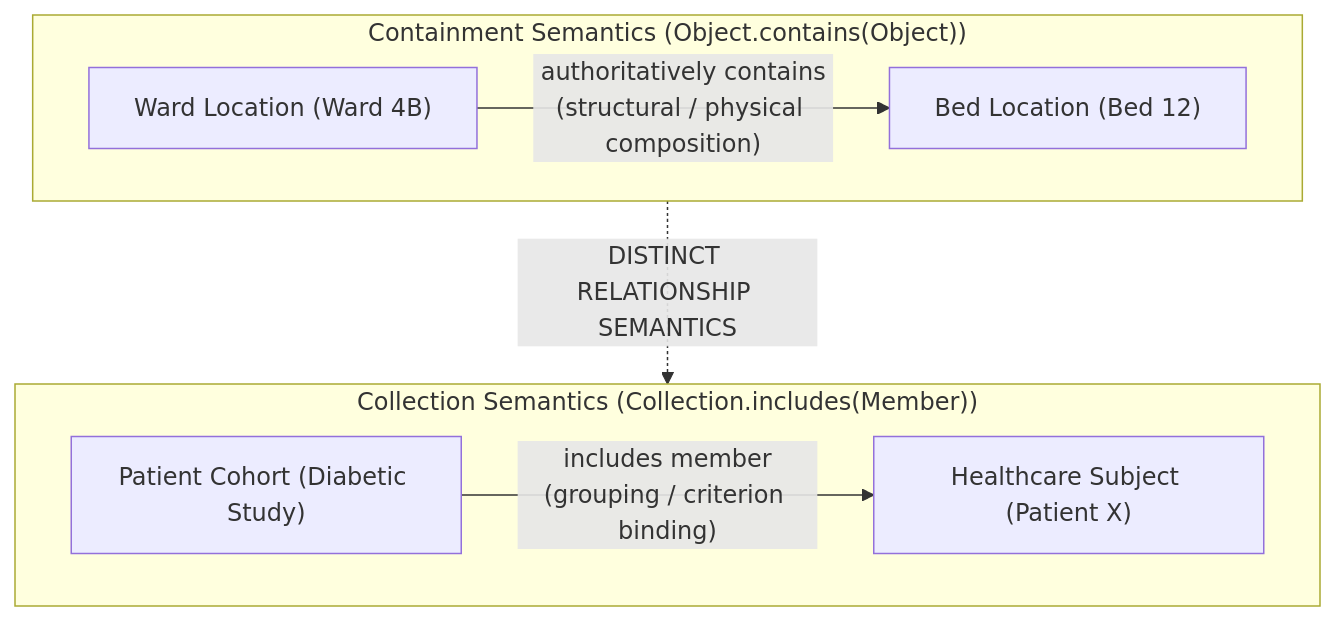
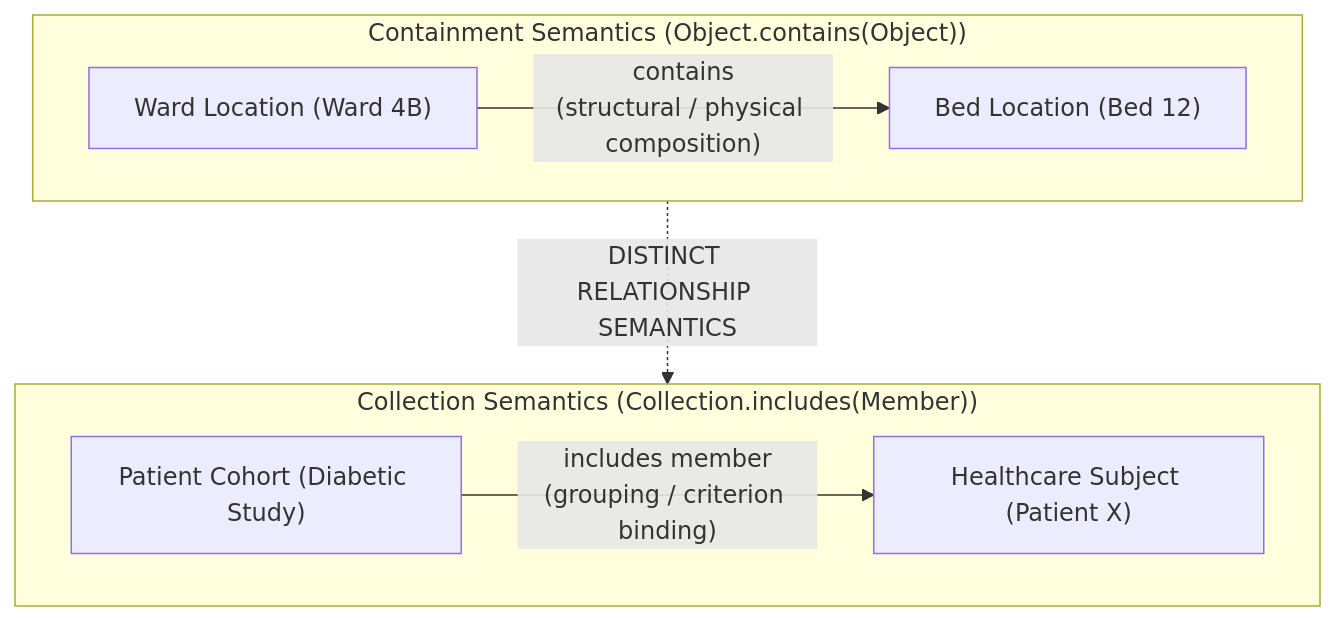
The second of 2 diagrams in docs/markdown/04-information-architecture/patterns/containment-and-collections.md (fhirfactory/harmonia), drawn with Mermaid before and after one commit. The commit also changed other lines of this file and 24 other files, not shown here.

````diff
--- a/docs/markdown/04-information-architecture/patterns/containment-and-collections.md
+++ b/docs/markdown/04-information-architecture/patterns/containment-and-collections.md
@@ -56,12 +56,12 @@
 ```mermaid
 graph TD
     subgraph ContainmentModel ["Containment Semantics (Object.contains(Object))"]
-        LOC["Ward Location (Ward 4B)"] -->|"authoritatively contains<br/>(structural / physical composition)"| BED["Bed Location (Bed 12)"]
+        LOC["Ward Location (Ward 4B)"] -->|"contains<br/>(structural / physical composition)"| BED["Bed Location (Bed 12)"]
     end
 
     subgraph CollectionModel ["Collection Semantics (Collection.includes(Member))"]
         COHORT["Patient Cohort (Diabetic Study)"] -->|"includes member<br/>(grouping / criterion binding)"| SUBJ["Healthcare Subject (Patient X)"]
     end
 
     ContainmentModel -.->|"DISTINCT RELATIONSHIP SEMANTICS"| CollectionModel
 ```
````
